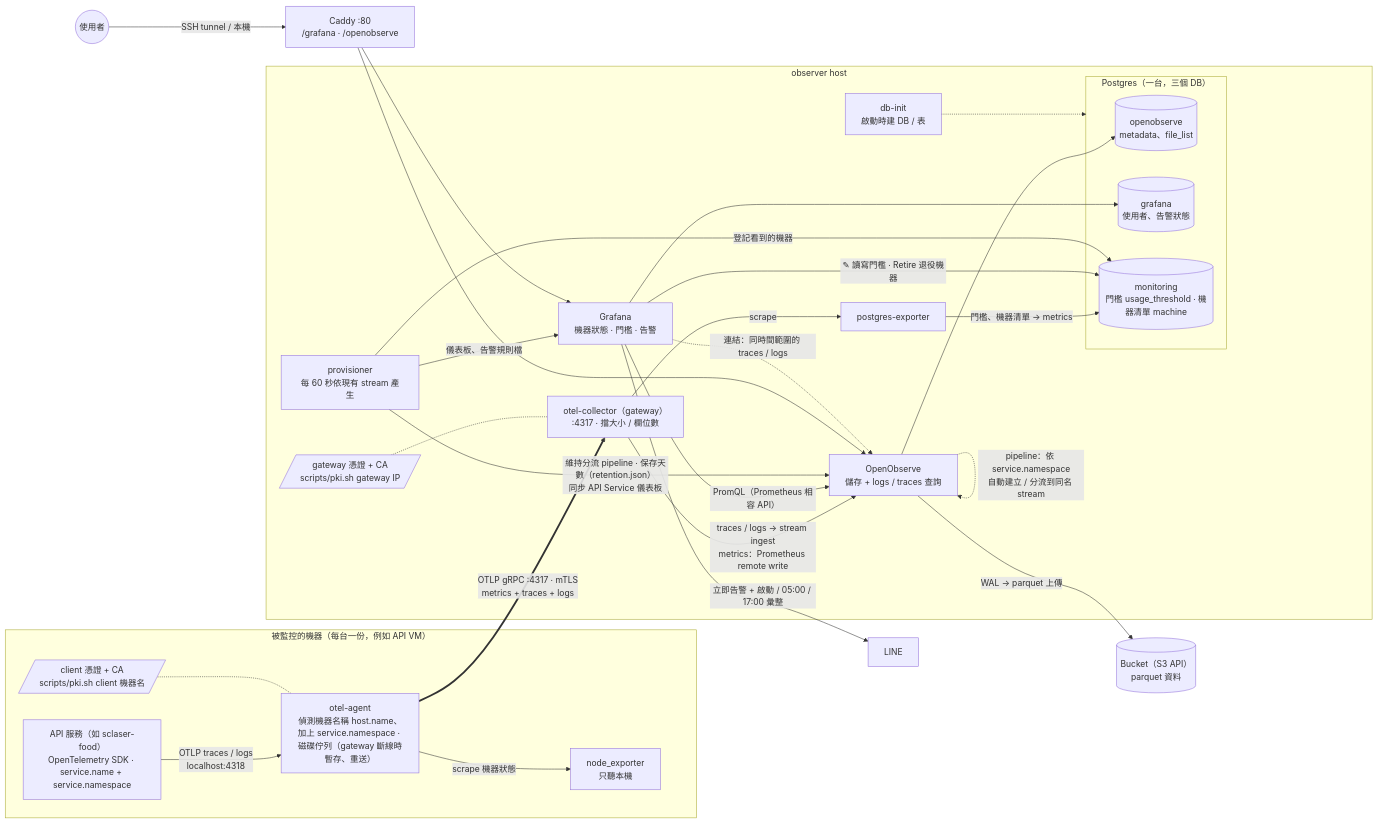
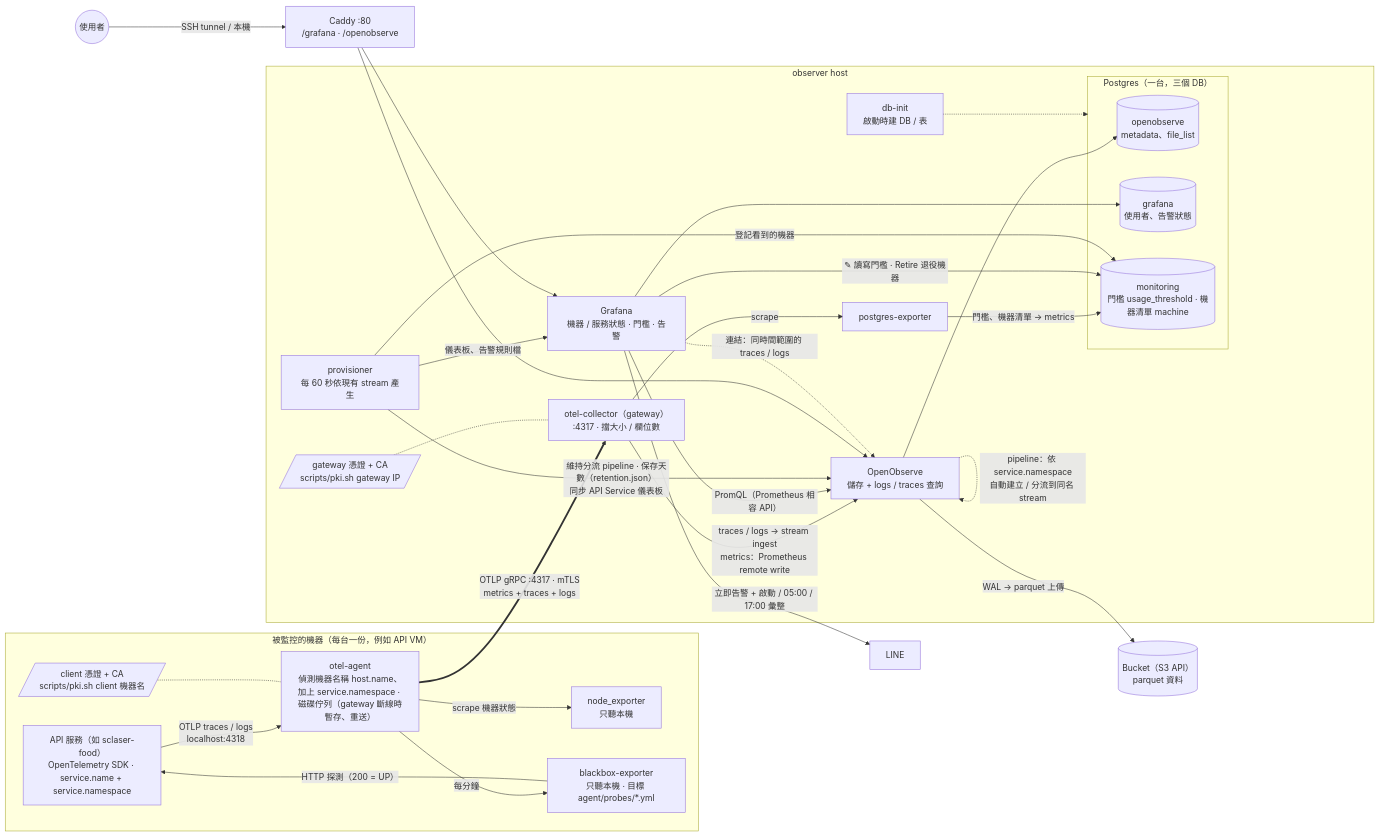
One commit to aoeskills/observability changed the diagram in docs/architecture.md. Above: the diagram before and after it, drawn with Mermaid. The commit also changed other lines of this file and 12 other files, not shown here.

````diff
--- a/docs/architecture.md
+++ b/docs/architecture.md
@@ -10,59 +10,62 @@
 ```mermaid
 flowchart LR
     subgraph machine["被監控的機器（每台一份，例如 API VM）"]
         app["API 服務（如 sclaser-food）<br/>OpenTelemetry SDK · service.name + service.namespace"]
         node["node_exporter<br/>只聽本機"]
+        bb["blackbox-exporter<br/>只聽本機 · 目標 agent/probes/*.yml"]
         agent["otel-agent<br/>偵測機器名稱 host.name、加上 service.namespace · 磁碟佇列（gateway 斷線時暫存、重送）"]
         cert[/"client 憑證 + CA<br/>scripts/pki.sh client 機器名"/]
         app -->|"OTLP traces / logs<br/>localhost:4318"| agent
         agent -->|"scrape 機器狀態"| node
+        agent -->|"每分鐘"| bb
+        bb -->|"HTTP 探測（200 = UP）"| app
         cert -.- agent
     end
 
     subgraph observer["observer host"]
         gateway["otel-collector（gateway）<br/>:4317 · 擋大小 / 欄位數"]
         gwcert[/"gateway 憑證 + CA<br/>scripts/pki.sh gateway IP"/]
         gwcert -.- gateway
 
         pgexp["postgres-exporter"]
         gateway -->|"scrape"| pgexp
 
         o2["OpenObserve<br/>儲存 + logs / traces 查詢"]
         gateway -->|"traces / logs → stream ingest<br/>metrics：Prometheus remote write"| o2
         o2 -.->|"pipeline：依 service.namespace<br/>自動建立 / 分流到同名 stream"| o2
 
         subgraph pg["Postgres（一台，三個 DB）"]
             db_o2[("openobserve<br/>metadata、file_list")]
             db_g[("grafana<br/>使用者、告警狀態")]
             db_m[("monitoring<br/>門檻 usage_threshold · 機器清單 machine")]
         end
         dbinit["db-init<br/>啟動時建 DB / 表"] -.-> pg
 
         o2 --> db_o2
         pgexp -->|"門檻、機器清單 → metrics"| db_m
 
-        grafana["Grafana<br/>機器狀態 · 門檻 · 告警"]
+        grafana["Grafana<br/>機器 / 服務狀態 · 門檻 · 告警"]
         grafana -->|"PromQL（Prometheus 相容 API）"| o2
         grafana -->|"✎ 讀寫門檻 · Retire 退役機器"| db_m
         grafana --> db_g
 
         provisioner["provisioner<br/>每 60 秒依現有 stream 產生"]
         provisioner -->|"維持分流 pipeline · 保存天數（retention.json）<br/>同步 API Service 儀表板"| o2
         provisioner -->|"儀表板、告警規則檔"| grafana
         provisioner -->|"登記看到的機器"| db_m
     end
 
     agent ==>|"OTLP gRPC :4317 · mTLS<br/>metrics + traces + logs"| gateway
 
     bucket[("Bucket（S3 API）<br/>parquet 資料")]
     o2 -->|"WAL → parquet 上傳"| bucket
 
     grafana -->|"立即告警 + 啟動 / 05:00 / 17:00 彙整"| line["LINE"]
 
     user(("使用者"))
     caddy["Caddy :80<br/>/grafana · /openobserve"]
     user -->|"SSH tunnel / 本機"| caddy
     caddy --> grafana
     caddy --> o2
     grafana -.->|"連結：同時間範圍的 traces / logs"| o2
 ```
````
